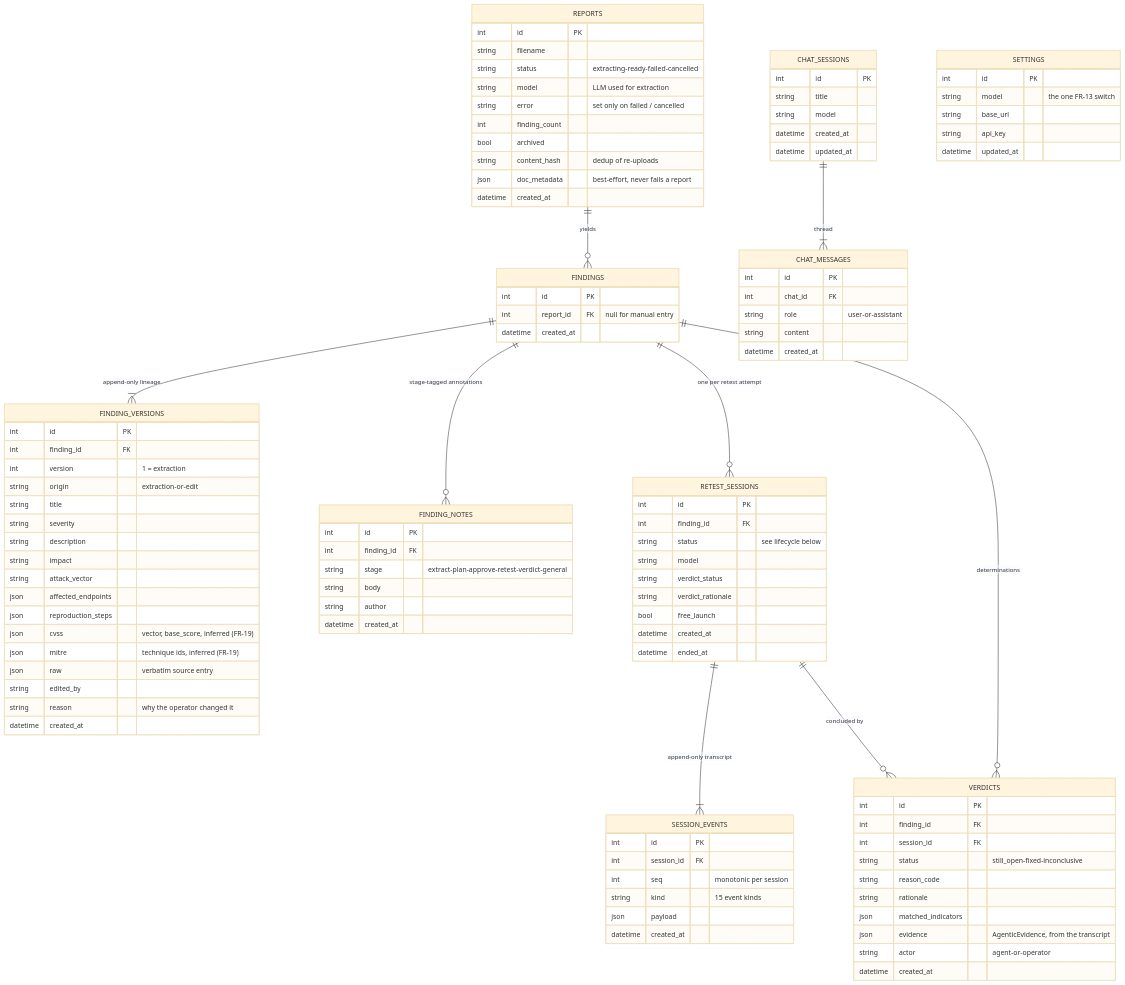
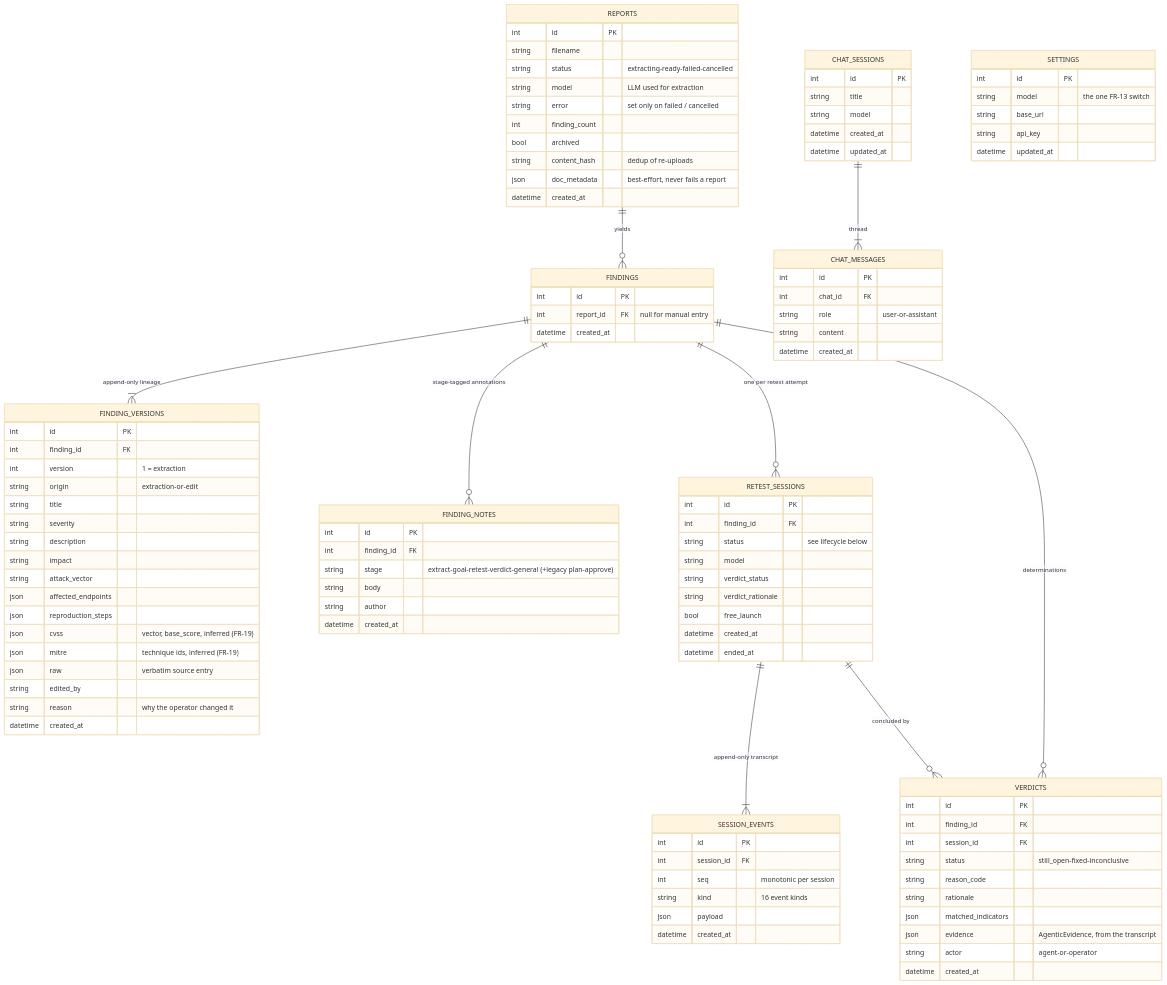
The second of 6 diagrams in docs/architecture/data-model.md (SelfishCoconut/revalid), drawn with Mermaid (base theme) before and after one commit. The commit also changed other lines of this file and 57 other files, not shown here.

```diff
--- a/docs/architecture/data-model.md
+++ b/docs/architecture/data-model.md
@@ -85,7 +85,7 @@
     FINDING_NOTES {
         int id PK
         int finding_id FK
-        string stage "extract-plan-approve-retest-verdict-general"
+        string stage "extract-goal-retest-verdict-general (+legacy plan-approve)"
         string body
         string author
         datetime created_at
@@ -105,7 +105,7 @@
         int id PK
         int session_id FK
         int seq "monotonic per session"
-        string kind "15 event kinds"
+        string kind "16 event kinds"
         json payload
         datetime created_at
     }
```
